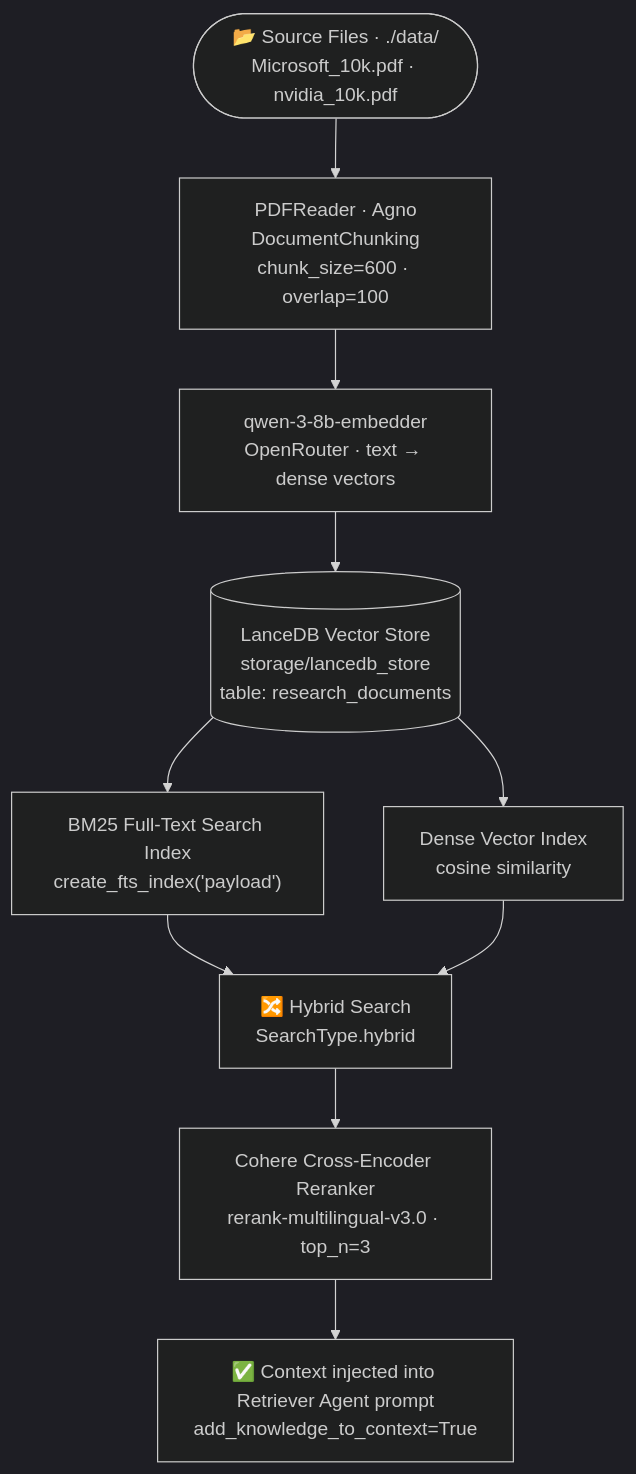
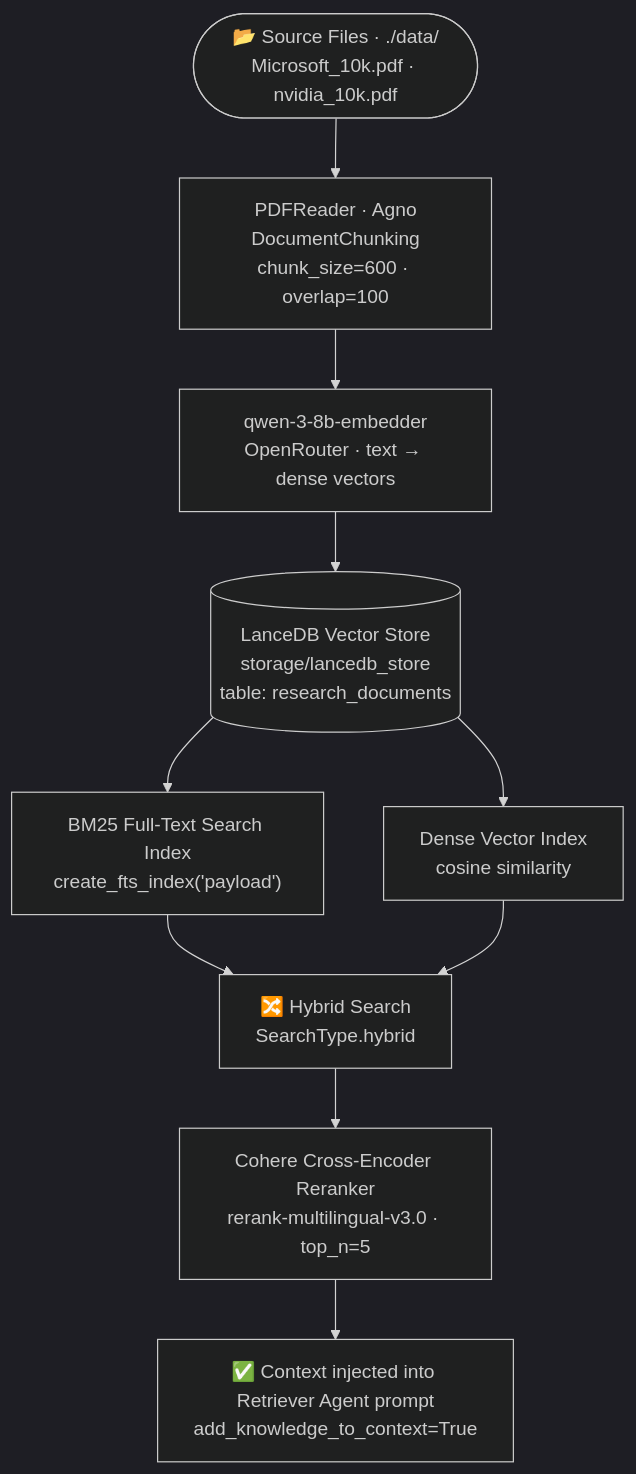
Before and after one commit to johad6exe/Multi-Agent-AI-System: the second of 2 diagrams in README.md, drawn with Mermaid (dark theme). The commit also changed other lines of this file, not shown here.

````diff
--- a/README.md
+++ b/README.md
@@ -48,20 +48,20 @@
 ```mermaid
 flowchart TD
     Docs(["📂 Source Files · ./data/\nMicrosoft_10k.pdf · nvidia_10k.pdf"])
 
     Docs --> Reader["PDFReader · Agno\nDocumentChunking\nchunk_size=600 · overlap=100"]
 
     Reader --> Embedder["qwen-3-8b-embedder\nOpenRouter · text → dense vectors"]
 
     Embedder --> LanceDB[("LanceDB Vector Store\nstorage/lancedb_store\ntable: research_documents")]
 
     LanceDB --> FTS["BM25 Full-Text Search Index\ncreate_fts_index('payload')"]
     LanceDB --> VecIdx["Dense Vector Index\ncosine similarity"]
 
     FTS --> Hybrid["🔀 Hybrid Search\nSearchType.hybrid"]
     VecIdx --> Hybrid
 
-    Hybrid --> Reranker["Cohere Cross-Encoder Reranker\nrerank-multilingual-v3.0 · top_n=3"]
+    Hybrid --> Reranker["Cohere Cross-Encoder Reranker\nrerank-multilingual-v3.0 · top_n=5"]
 
     Reranker --> Context["✅ Context injected into Retriever Agent prompt\nadd_knowledge_to_context=True"]
 ```
````
